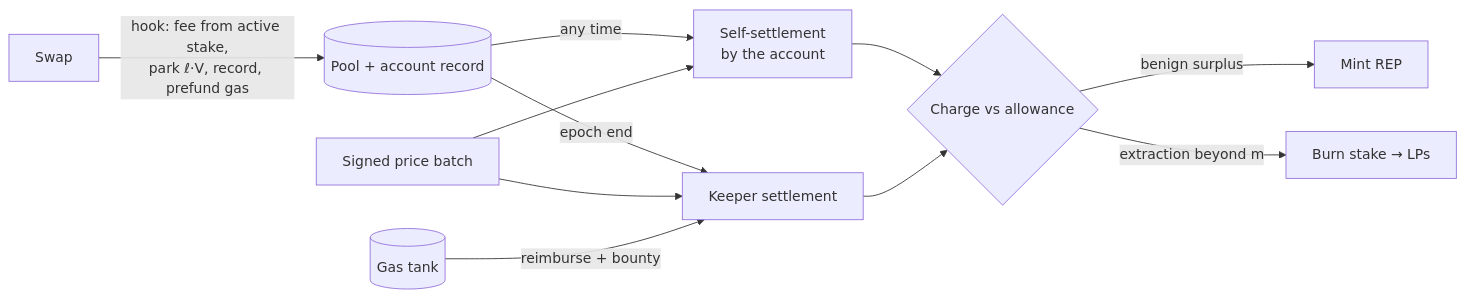
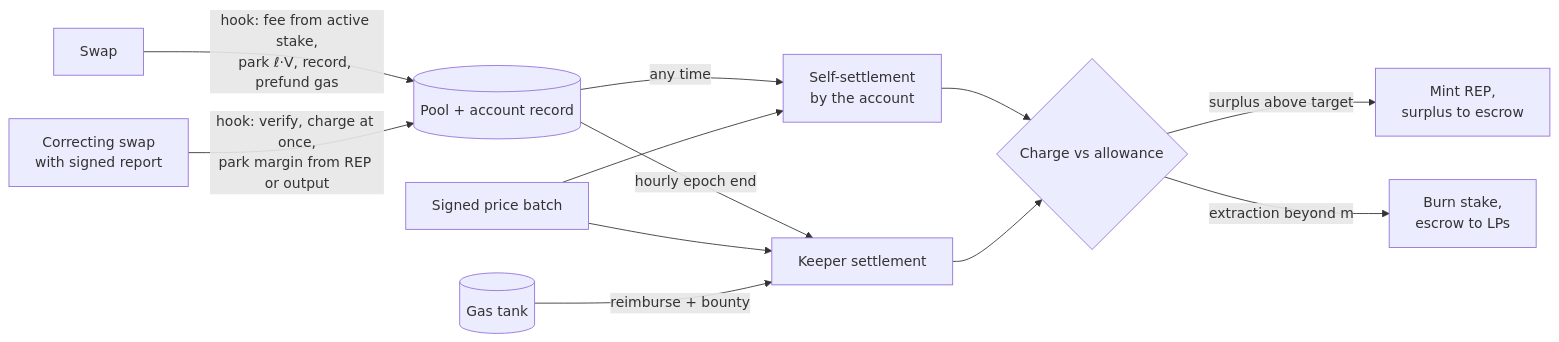
The diagram in paper.md (peersky/ammbro), drawn with Mermaid before and after one commit. The commit also changed other lines of this file and 16 other files, not shown here.

First line of the commit message:
feat: hourly settlement epochs carry REP-staked arbitrage through shocks; correction lane defined as a protocol path

````diff
--- a/paper.md
+++ b/paper.md
@@ -101,13 +102,14 @@
 ```mermaid
 flowchart LR
   S[Swap] -->|hook: fee from active stake,<br/>park ℓ·V, record, prefund gas| P[(Pool + account record)]
+  L[Correcting swap<br/>with signed report] -->|hook: verify, charge at once,<br/>park margin from REP or output| P
   P -->|any time| SS[Self-settlement<br/>by the account]
-  P -->|epoch end| K[Keeper settlement]
+  P -->|hourly epoch end| K[Keeper settlement]
   O[Signed price batch] --> SS
   O --> K
   SS --> R{Charge vs allowance}
   K --> R
-  R -->|benign surplus| M[Mint REP]
-  R -->|extraction beyond m| B[Burn stake → LPs]
+  R -->|surplus above target| M[Mint REP,<br/>surplus to escrow]
+  R -->|extraction beyond m| B[Burn stake,<br/>escrow to LPs]
   T[(Gas tank)] -->|reimburse + bounty| K
 ```
````
